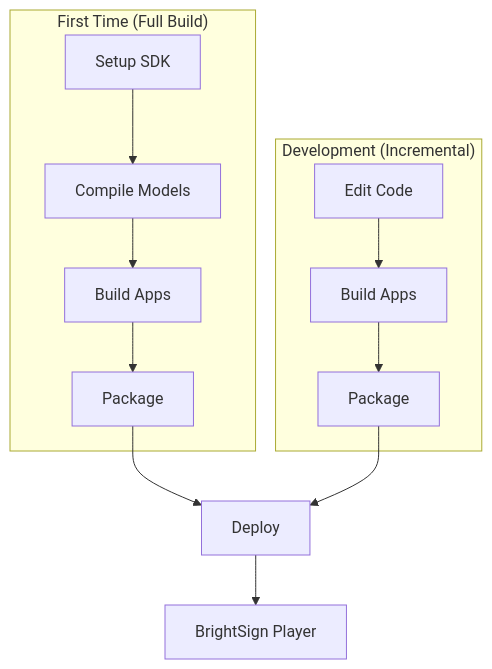
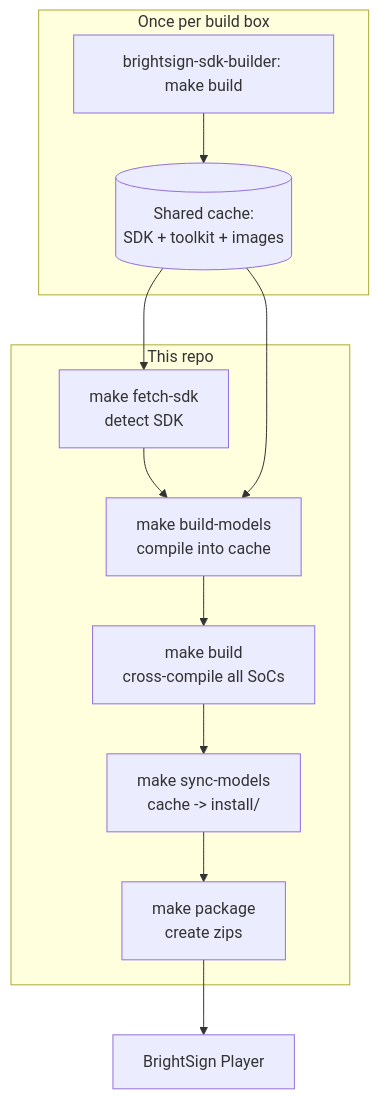
One commit to brightsign/argus-audience-measurement-extension changed the diagram in docs/BUILD-INSTRUCTIONS.md. Above: the diagram before and after it, drawn with Mermaid. The commit also changed other lines of this file and 36 other files, not shown here.

````diff
--- a/docs/BUILD-INSTRUCTIONS.md
+++ b/docs/BUILD-INSTRUCTIONS.md
@@ -31,17 +54,17 @@
 ```mermaid
 flowchart TD
-    subgraph FirstTime["First Time (Full Build)"]
-        S1[Setup SDK] --> S2[Compile Models]
-        S2 --> S3[Build Apps]
-        S3 --> S4[Package]
+    subgraph Box["Once per build box"]
+        B0[brightsign-sdk-builder: make build] --> Cache[(Shared cache:<br/>SDK + toolkit + images)]
     end
 
-    subgraph Incremental["Development (Incremental)"]
-        I1[Edit Code] --> I2[Build Apps]
-        I2 --> I3[Package]
+    subgraph Repo["This repo"]
+        F[make fetch-sdk<br/>detect SDK] --> BM[make build-models<br/>compile into cache]
+        BM --> BLD[make build<br/>cross-compile all SoCs]
+        BLD --> SY[make sync-models<br/>cache -> install/]
+        SY --> PKG[make package<br/>create zips]
     end
 
-    S4 --> Deploy
-    I3 --> Deploy
-    Deploy --> Device[BrightSign Player]
+    Cache --> F
+    Cache --> BM
+    PKG --> Device[BrightSign Player]
 ```
````
